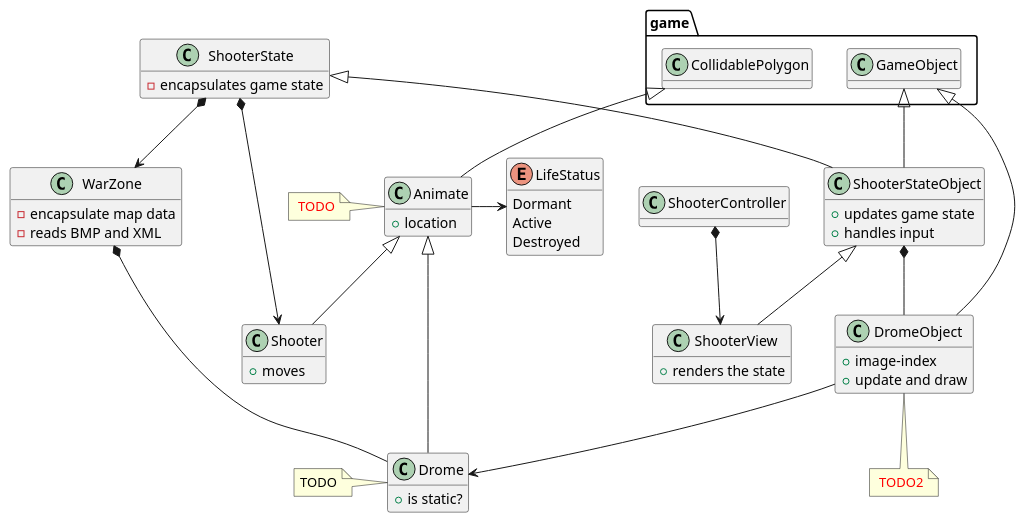
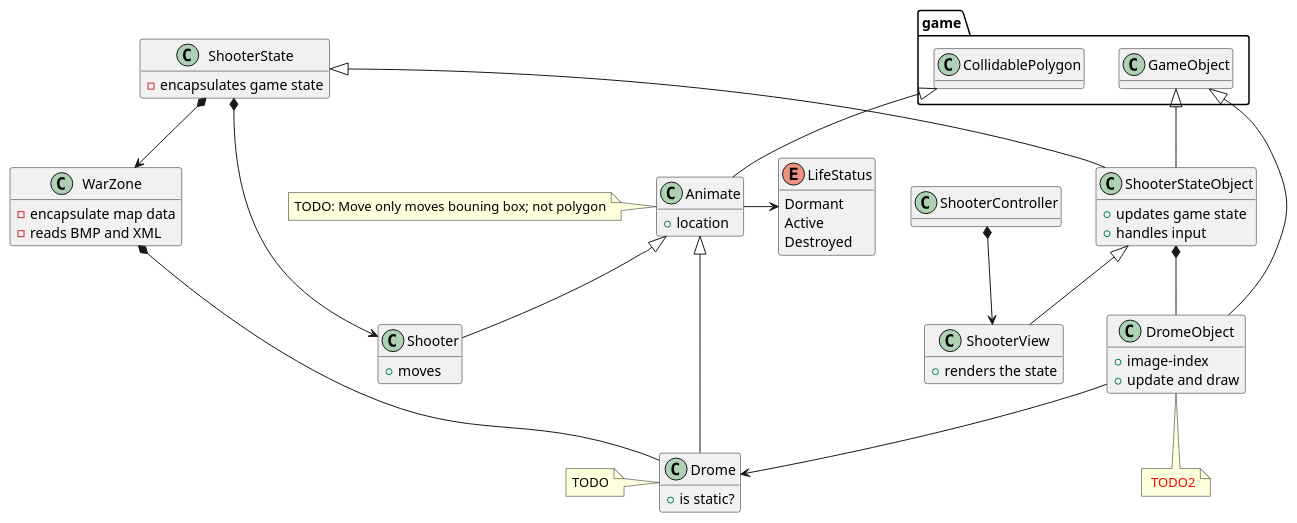
One commit to wduminy/GameEx changed the diagram in shooter/design.md. Above: the diagram before and after it, drawn with PlantUML. The commit also changed 10 other files, not shown here.

```diff
--- a/shooter/design.md
+++ b/shooter/design.md
@@ -2,68 +2,71 @@
 @startuml
 
 hide methods
 
 enum LifeStatus {
  Dormant
  Active
  Destroyed
 }
 
 class Animate {
 + location
 }
-note left: <color:red> TODO
+note left
+ TODO: Move only moves bouning box; not polygon
+end note
+
 Animate -> LifeStatus
 game.CollidablePolygon <|-- Animate
 
 class Drome {
 + is static?
 }
 note left: TODO
 Animate <|-- Drome
 
 Animate <|-- Shooter
 
  
 class DromeObject {
 + image-index
 + update and draw
 } 
 note bottom of DromeObject: <color:red> TODO2
 
 DromeObject --> Drome
 game.GameObject <|-- DromeObject
 
 class Shooter {
 + moves
 }
 
 class ShooterState {
 - encapsulates game state
 }
 ShooterState *--> Shooter
 ShooterState *--> WarZone
 
 class ShooterStateObject {
 + updates game state
 + handles input
 }
 game.GameObject <|-- ShooterStateObject
 ShooterStateObject *-- DromeObject
 ShooterState <|-- ShooterStateObject
 
 class WarZone {
 - encapsulate map data
 - reads BMP and XML
 }
 WarZone *-- Drome
 
 class ShooterView {
 + renders the state
 }
 ShooterStateObject <|-- ShooterView
 
 
 ShooterController *--> ShooterView
 
 @enduml
```
